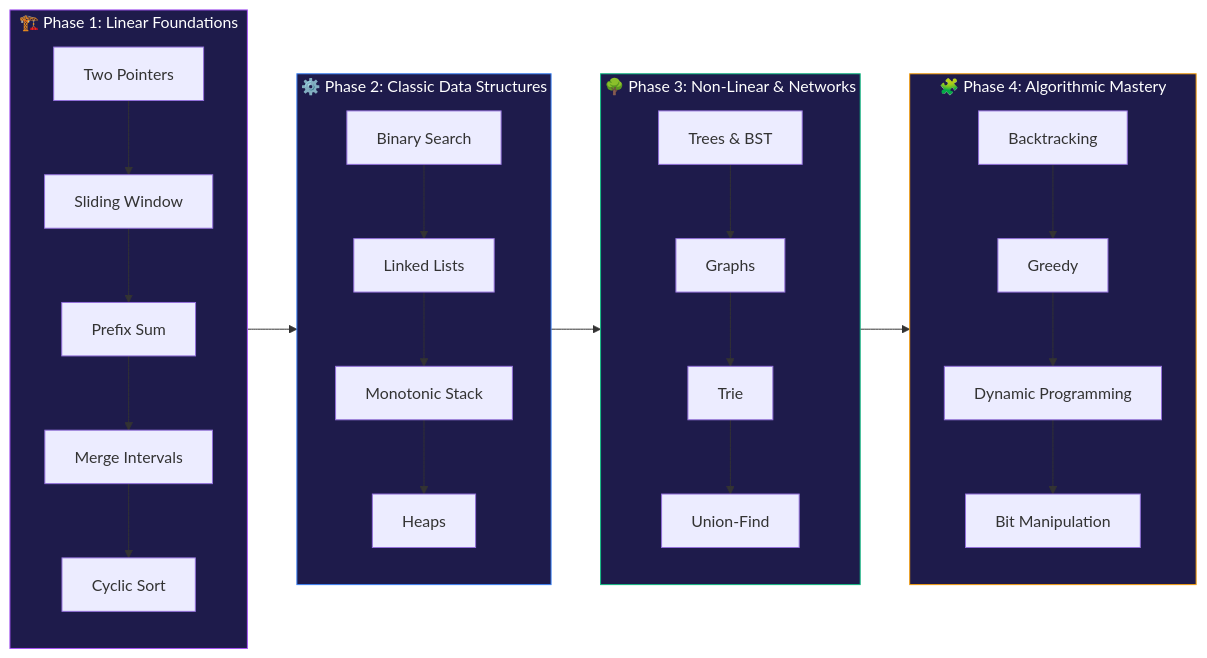
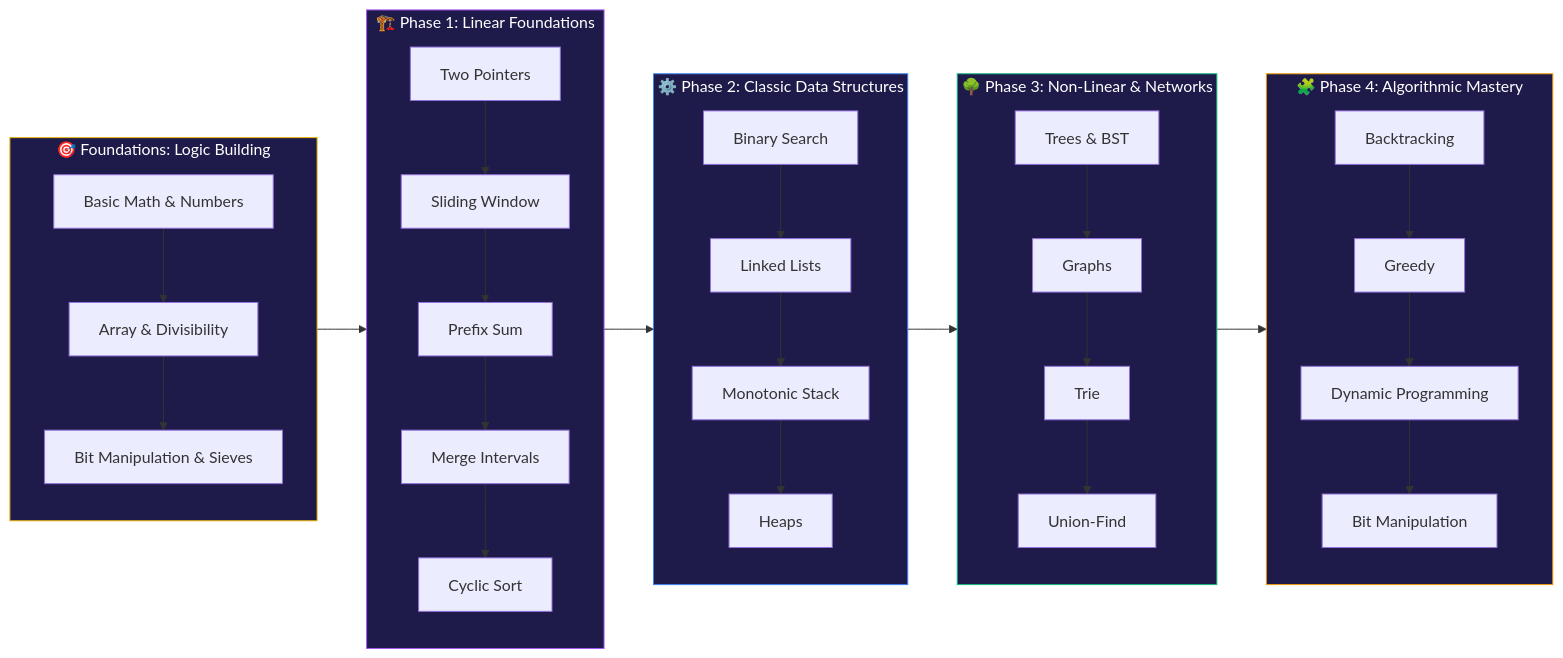
Before and after one commit to devagarwal2503/DSA-Learning: the first of 4 diagrams in README.md, drawn with Mermaid. The commit also changed other lines of this file and 46 other files, not shown here.

Commit message:
initialize GFG logic building problem directory with solution stubs and tracking document

````diff
--- a/README.md
+++ b/README.md
@@ -74,40 +75,48 @@
 ```mermaid
 graph LR
+    subgraph P0["🎯 Foundations: Logic Building"]
+        direction TB
+        L1[Basic Math & Numbers] --> L2[Array & Divisibility]
+        L2 --> L3[Bit Manipulation & Sieves]
+    end
+
     subgraph P1["🏗️ Phase 1: Linear Foundations"]
         direction TB
         A1[Two Pointers] --> A2[Sliding Window]
         A2 --> A3[Prefix Sum]
         A3 --> A4[Merge Intervals]
         A4 --> A5[Cyclic Sort]
     end
 
     subgraph P2["⚙️ Phase 2: Classic Data Structures"]
         direction TB
         B1[Binary Search] --> B2[Linked Lists]
         B2 --> B3[Monotonic Stack]
         B3 --> B4[Heaps]
     end
 
     subgraph P3["🌳 Phase 3: Non-Linear & Networks"]
         direction TB
         C1[Trees & BST] --> C2[Graphs]
         C2 --> C3[Trie]
         C3 --> C4[Union-Find]
     end
 
     subgraph P4["🧩 Phase 4: Algorithmic Mastery"]
         direction TB
         D1[Backtracking] --> D2[Greedy]
         D2 --> D3[Dynamic Programming]
         D3 --> D4[Bit Manipulation]
     end
 
+    P0 --> P1
     P1 --> P2
     P2 --> P3
     P3 --> P4
 
+    style P0 fill:#1e1b4b,stroke:#EAB308,color:#fff
     style P1 fill:#1e1b4b,stroke:#A855F7,color:#fff
     style P2 fill:#1e1b4b,stroke:#3B82F6,color:#fff
     style P3 fill:#1e1b4b,stroke:#10B981,color:#fff
     style P4 fill:#1e1b4b,stroke:#F59E0B,color:#fff
 ```
````
